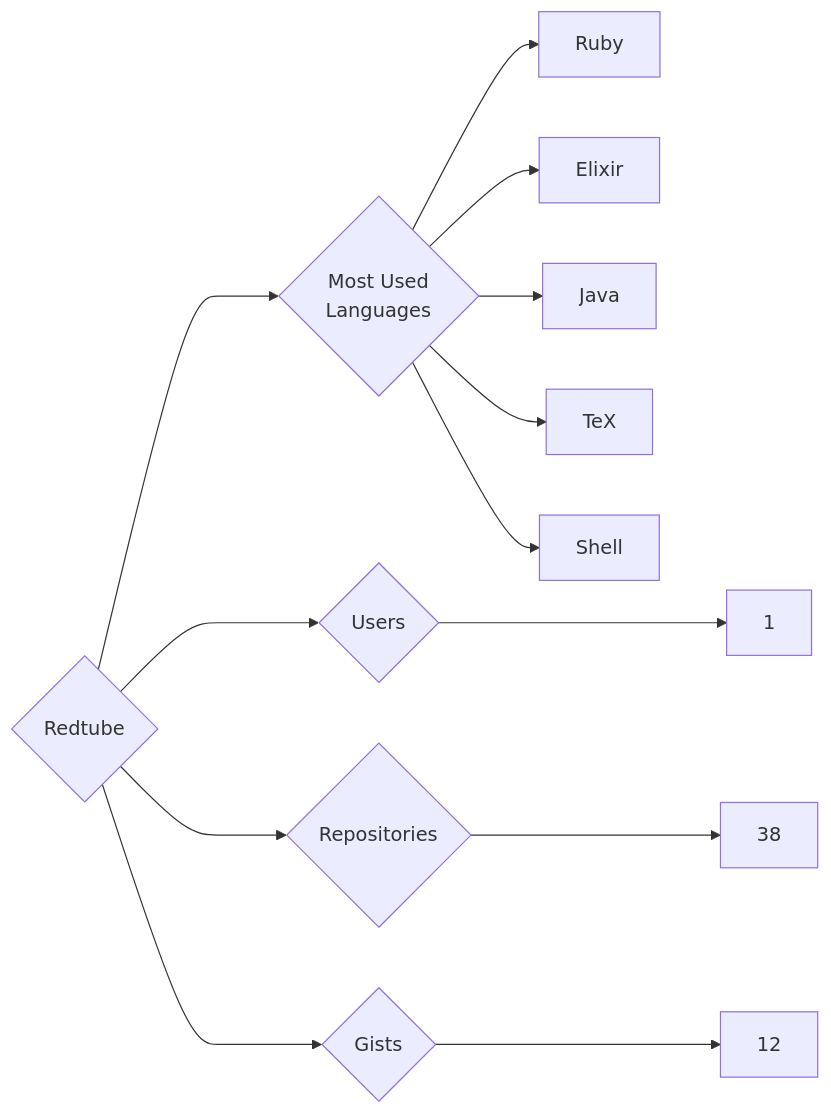
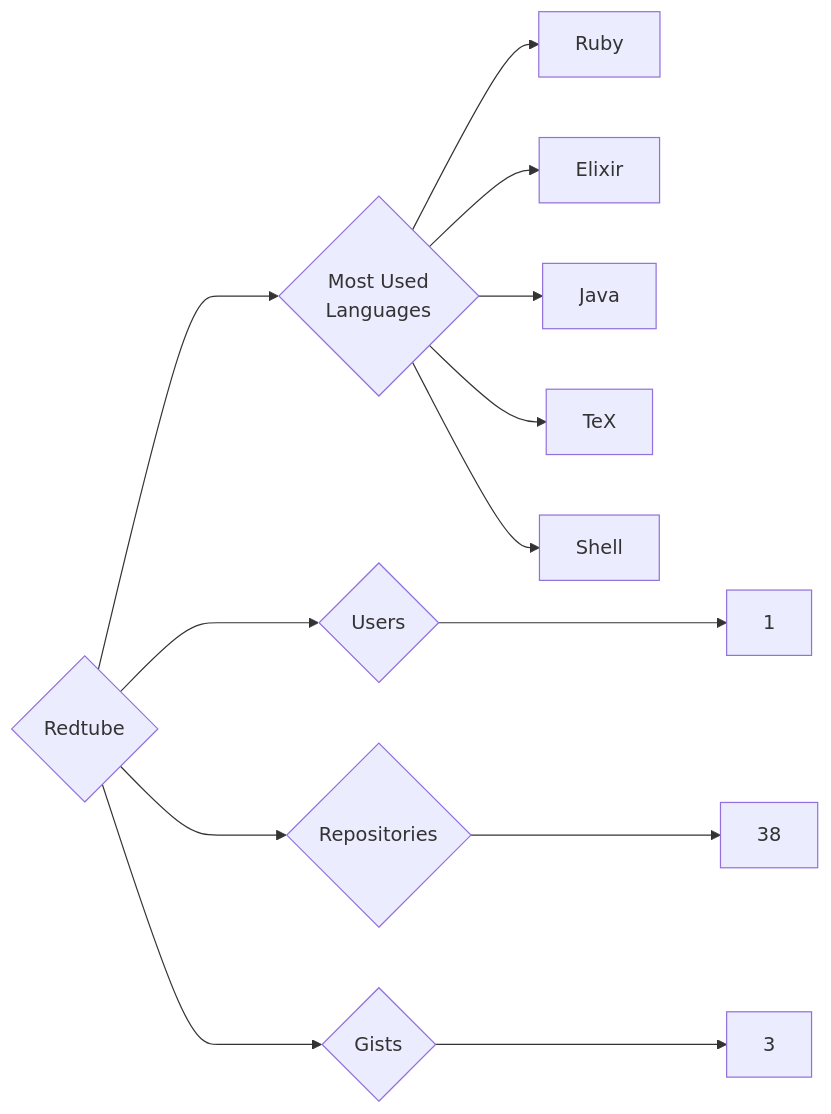
The diagram in targets/Redtube/README.md (trickest/insiders), drawn with Mermaid before and after one commit. The commit also changed 898 other files, not shown here.

````diff
--- a/targets/Redtube/README.md
+++ b/targets/Redtube/README.md
@@ -3,13 +3,13 @@
 ```mermaid
 graph LR
 COMPANY_NAME{Redtube}
 COMPANY_NAME ---> U{Users} ---> UN[1]
 COMPANY_NAME ---> R{Repositories} ---> RN[38]
-COMPANY_NAME ---> G{Gists} ---> GN[12]
+COMPANY_NAME ---> G{Gists} ---> GN[3]
 COMPANY_NAME ---> ML{Most Used<br>Languages}
 ML --> Ruby[Ruby]
 ML --> Elixir[Elixir]
 ML --> Java[Java]
 ML --> TeX[TeX]
 ML --> Shell[Shell]
 ```
````
